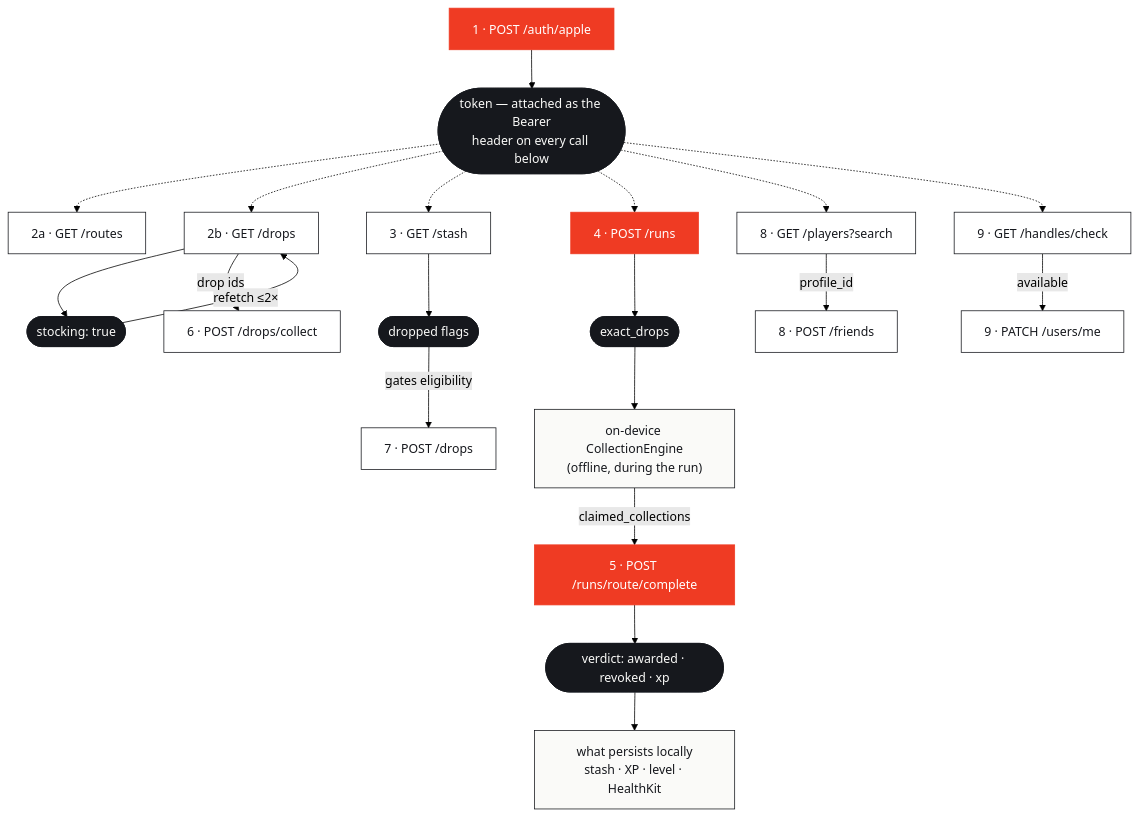
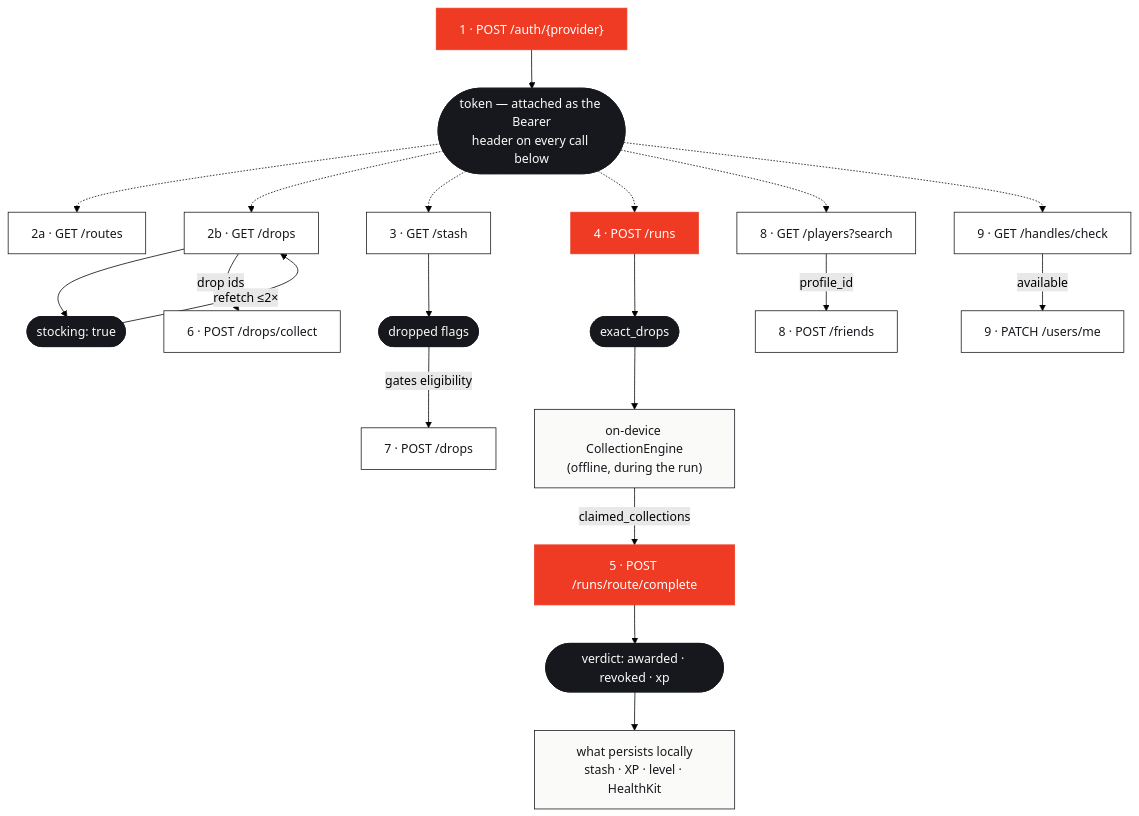
One commit to Ifthikar20/project-gr changed the second of 2 diagrams in docs/17-wire-trace.md. Above: the diagram before and after it, drawn with Mermaid (forest theme). The commit also changed other lines of this file and 17 other files, not shown here.

````diff
--- a/docs/17-wire-trace.md
+++ b/docs/17-wire-trace.md
@@ -616,36 +634,36 @@
 ```mermaid
 flowchart TB
-    AUTH["1 · POST /auth/apple"]:::pulse
+    AUTH["1 · POST /auth/{provider}"]:::pulse
     TOKEN(["token — attached as the Bearer<br/>header on every call below"]):::ink
     ROUTES["2a · GET /routes"]:::card
     DROPS["2b · GET /drops"]:::card
     STOCK(["stocking: true"]):::ink
     STASH["3 · GET /stash"]:::card
     DROPPED(["dropped flags"]):::ink
     START["4 · POST /runs"]:::pulse
     EXACT(["exact_drops"]):::ink
     ENGINE["on-device CollectionEngine<br/>(offline, during the run)"]:::snow
     COMPLETE["5 · POST /runs/route/complete"]:::pulse
     VERDICT(["verdict: awarded · revoked · xp"]):::ink
     LOCAL["what persists locally<br/>stash · XP · level · HealthKit"]:::snow
     COLLECT["6 · POST /drops/collect"]:::card
     GIVE["7 · POST /drops"]:::card
     SEARCH["8 · GET /players?search"]:::card
     ADD["8 · POST /friends"]:::card
     CHECK["9 · GET /handles/check"]:::card
     PATCHME["9 · PATCH /users/me"]:::card
 
     AUTH --> TOKEN
     TOKEN -.-> ROUTES & DROPS & STASH & START & SEARCH & CHECK
     DROPS --> STOCK -->|"refetch ≤2×"| DROPS
     DROPS -->|"drop ids"| COLLECT
     STASH --> DROPPED -->|"gates eligibility"| GIVE
     START --> EXACT --> ENGINE -->|"claimed_collections"| COMPLETE
     COMPLETE --> VERDICT --> LOCAL
     SEARCH -->|"profile_id"| ADD
     CHECK -->|"available"| PATCHME
     classDef pulse fill:#EF3B23,stroke:#EF3B23,color:#FFFFFF
     classDef card fill:#FFFFFF,stroke:#16181D,color:#16181D
     classDef ink fill:#16181D,stroke:#16181D,color:#FAFAF8
     classDef snow fill:#FAFAF8,stroke:#16181D,color:#16181D
 ```
````
